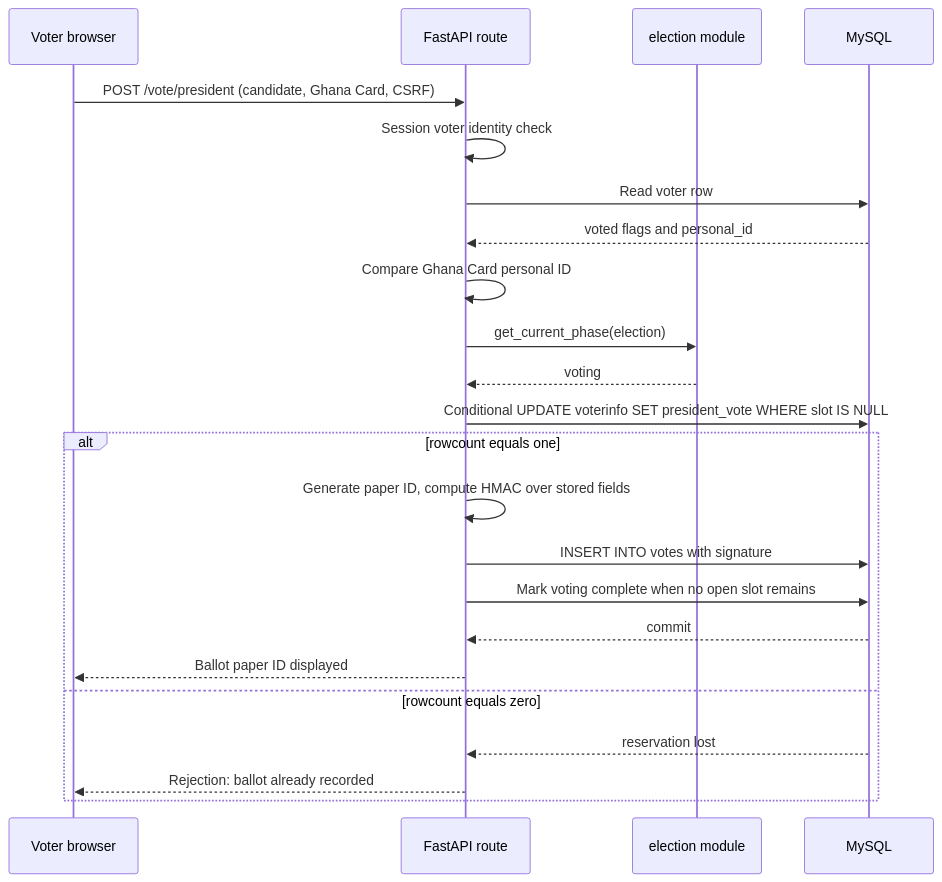
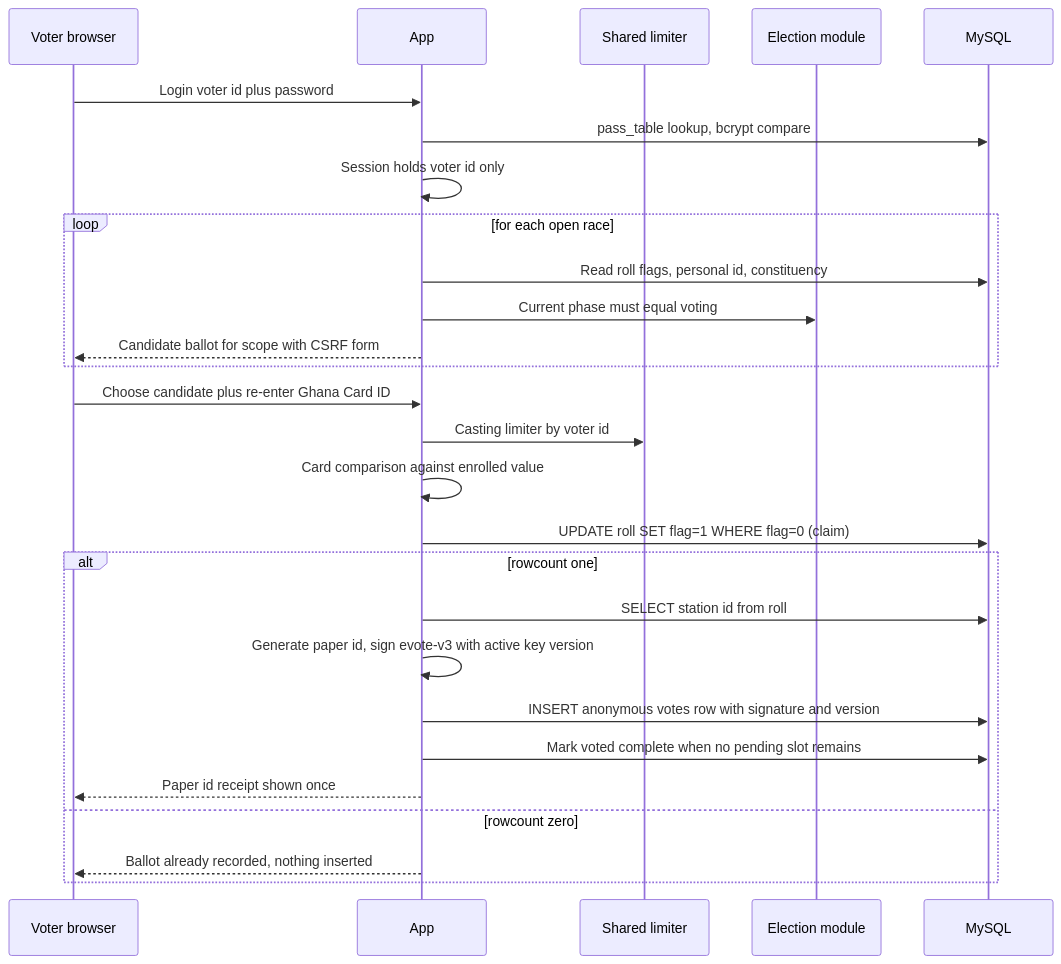
Before and after one commit to Kyei-Ernest/eVoteGhana-Prototype: the third of 7 diagrams in THESIS.md, drawn with Mermaid. The commit also changed other lines of this file, not shown here.

````diff
--- a/THESIS.md
+++ b/THESIS.md
@@ -138,25 +645,29 @@
 ```mermaid
 sequenceDiagram
     participant V as Voter browser
-    participant W as FastAPI route
-    participant E as election module
-    participant DB as MySQL
-    V->>W: POST /vote/president (candidate, Ghana Card, CSRF)
-    W->>W: Session voter identity check
-    W->>DB: Read voter row
-    DB-->>W: voted flags and personal_id
-    W->>W: Compare Ghana Card personal ID
-    W->>E: get_current_phase(election)
-    E-->>W: voting
-    W->>DB: Conditional UPDATE voterinfo SET president_vote WHERE slot IS NULL
-    alt rowcount equals one
-        W->>W: Generate paper ID, compute HMAC over stored fields
-        W->>DB: INSERT INTO votes with signature
-        W->>DB: Mark voting complete when no open slot remains
-        DB-->>W: commit
-        W-->>V: Ballot paper ID displayed
-    else rowcount equals zero
-        DB-->>W: reservation lost
-        W-->>V: Rejection: ballot already recorded
+    participant A as App
+    participant R as Shared limiter
+    participant E as Election module
+    participant D as MySQL
+    V->>A: Login voter id plus password
+    A->>D: pass_table lookup, bcrypt compare
+    A->>A: Session holds voter id only
+    loop for each open race
+        A->>D: Read roll flags, personal id, constituency
+        A->>E: Current phase must equal voting
+        A-->>V: Candidate ballot for scope with CSRF form
+    end
+    V->>A: Choose candidate plus re-enter Ghana Card ID
+    A->>R: Casting limiter by voter id
+    A->>A: Card comparison against enrolled value
+    A->>D: UPDATE roll SET flag=1 WHERE flag=0 (claim)
+    alt rowcount one
+        A->>D: SELECT station id from roll
+        A->>A: Generate paper id, sign evote-v3 with active key version
+        A->>D: INSERT anonymous votes row with signature and version
+        A->>D: Mark voted complete when no pending slot remains
+        A-->>V: Paper id receipt shown once
+    else rowcount zero
+        A-->>V: Ballot already recorded, nothing inserted
     end
 ```
````
